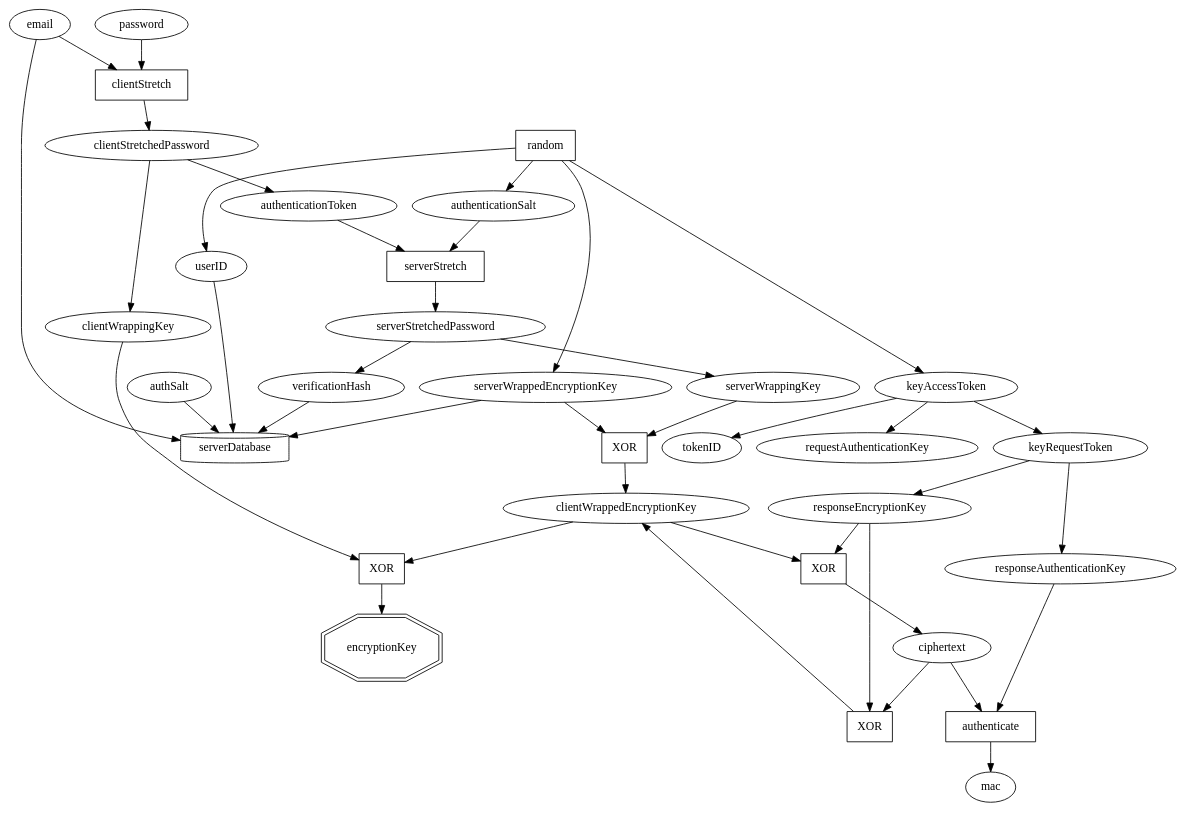
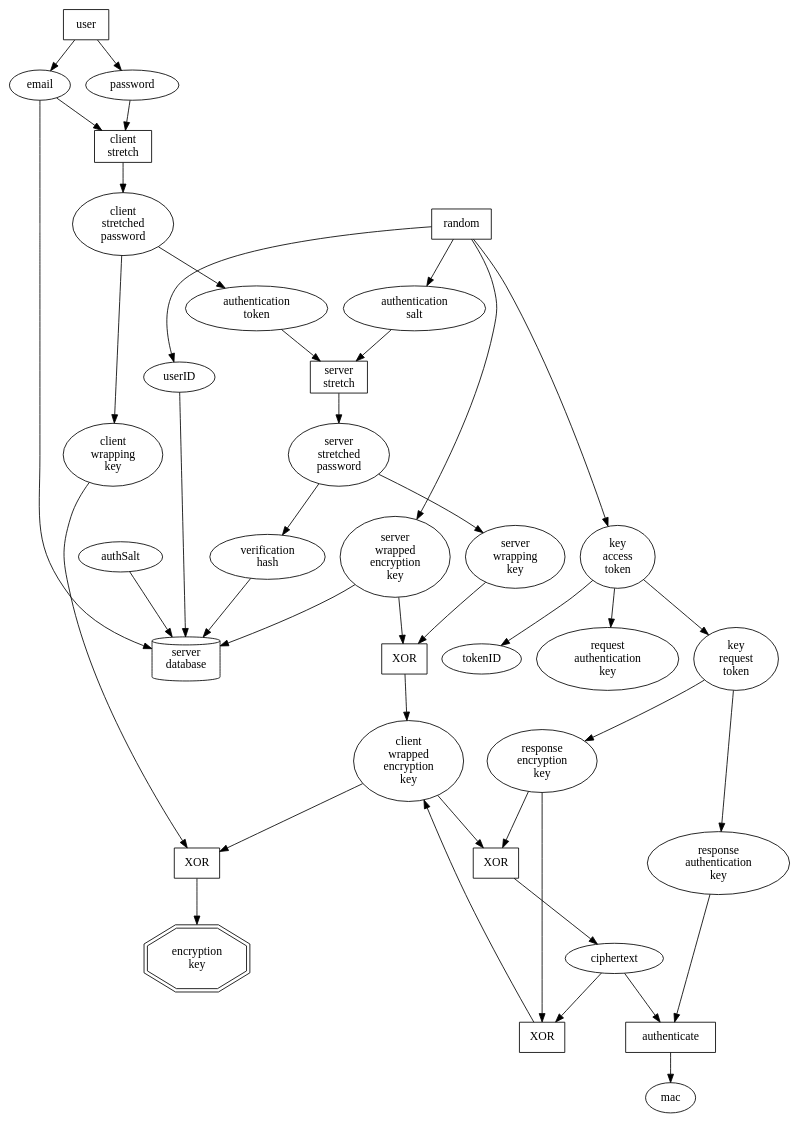
The diagram in diagram.dot (kemitchell/keyserver-protocol.js), drawn with Graphviz before and after one commit. The commit also changed 1 other file, not shown here.

Commit message:
Spell out node names on diagram

```diff
--- a/diagram.dot
+++ b/diagram.dot
@@ -1,37 +1,55 @@
 digraph {
-  {password, email} -> clientStretch -> clientStretchedPassword;
+  user -> {password, email} -> clientStretch -> clientStretchedPassword;
+  user[shape=rect];
+  clientStretch[label="client\nstretch"];
   clientStretch[shape=rect];
   clientStretchedPassword -> authenticationToken;
+  clientStretchedPassword[label="client\nstretched\npassword"];
 
   random -> authenticationSalt;
+  authenticationSalt[label="authentication\nsalt"];
   random[shape=rect];
   {authenticationToken, authenticationSalt} -> serverStretch -> serverStretchedPassword;
+  serverStretch[label="server\nstretch"];
+  authenticationToken[label="authentication\ntoken"];
   serverStretch[shape=rect];
   serverStretchedPassword -> verificationHash;
+  verificationHash[label="verification\nhash"];
   random -> serverWrappedEncryptionKey;
+  serverWrappedEncryptionKey[label="server\nwrapped\nencryption\nkey"];
   random -> userID;
 
   serverStretchedPassword -> serverWrappingKey;
+  serverWrappingKey[label="server\nwrapping\nkey"];
+  serverStretchedPassword[label="server\nstretched\npassword"];
   {serverWrappingKey, serverWrappedEncryptionKey} -> serverWrappingKeyXOR -> clientWrappedEncryptionKey;
   serverWrappingKeyXOR[label="XOR",shape=rect];
   random -> keyAccessToken;
+  keyAccessToken[label="key\naccess\ntoken"];
   keyAccessToken -> tokenID;
   keyAccessToken -> keyRequestToken;
+  keyRequestToken[label="key\nrequest\ntoken"];
   keyAccessToken -> requestAuthenticationKey;
+  requestAuthenticationKey[label="request\nauthentication\nkey"];
   keyRequestToken -> responseEncryptionKey;
+  responseEncryptionKey[label="response\nencryption\nkey"];
   {clientWrappedEncryptionKey, responseEncryptionKey} -> serverEncryptionXOR -> ciphertext;
+  clientWrappedEncryptionKey[label="client\nwrapped\nencryption\nkey"];
   serverEncryptionXOR[label="XOR",shape=rect];
   keyRequestToken -> responseAuthenticationKey;
+  responseAuthenticationKey[label="response\nauthentication\nkey"];
   {responseAuthenticationKey, ciphertext} -> authenticate -> mac;
   authenticate[shape=rect];
 
   {ciphertext, responseEncryptionKey} -> clientEncryptionXOR -> clientWrappedEncryptionKey;
   clientEncryptionXOR[shape=rect,label="XOR"];
   clientStretchedPassword -> clientWrappingKey;
+  clientWrappingKey[label="client\nwrapping\nkey"];
   {clientWrappedEncryptionKey, clientWrappingKey} -> clientWrappingKeyXOR -> encryptionKey;
+  encryptionKey[label="encryption\nkey"];
   encryptionKey[shape=doubleoctagon,height=1,width=1];
   clientWrappingKeyXOR[label="XOR",shape=rect];
 
-  serverDatabase[shape=cylinder];
+  serverDatabase[shape=cylinder,label="server\ndatabase"];
   {authSalt, email, userID, serverWrappedEncryptionKey, verificationHash} -> serverDatabase;
 }
```
